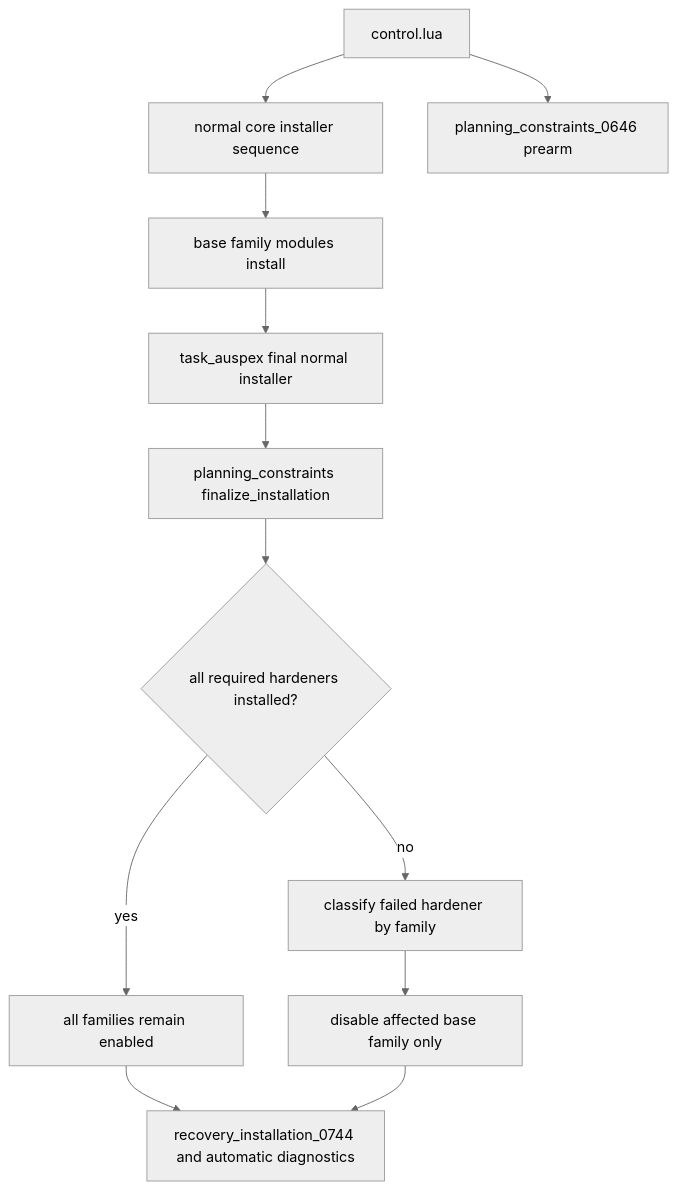
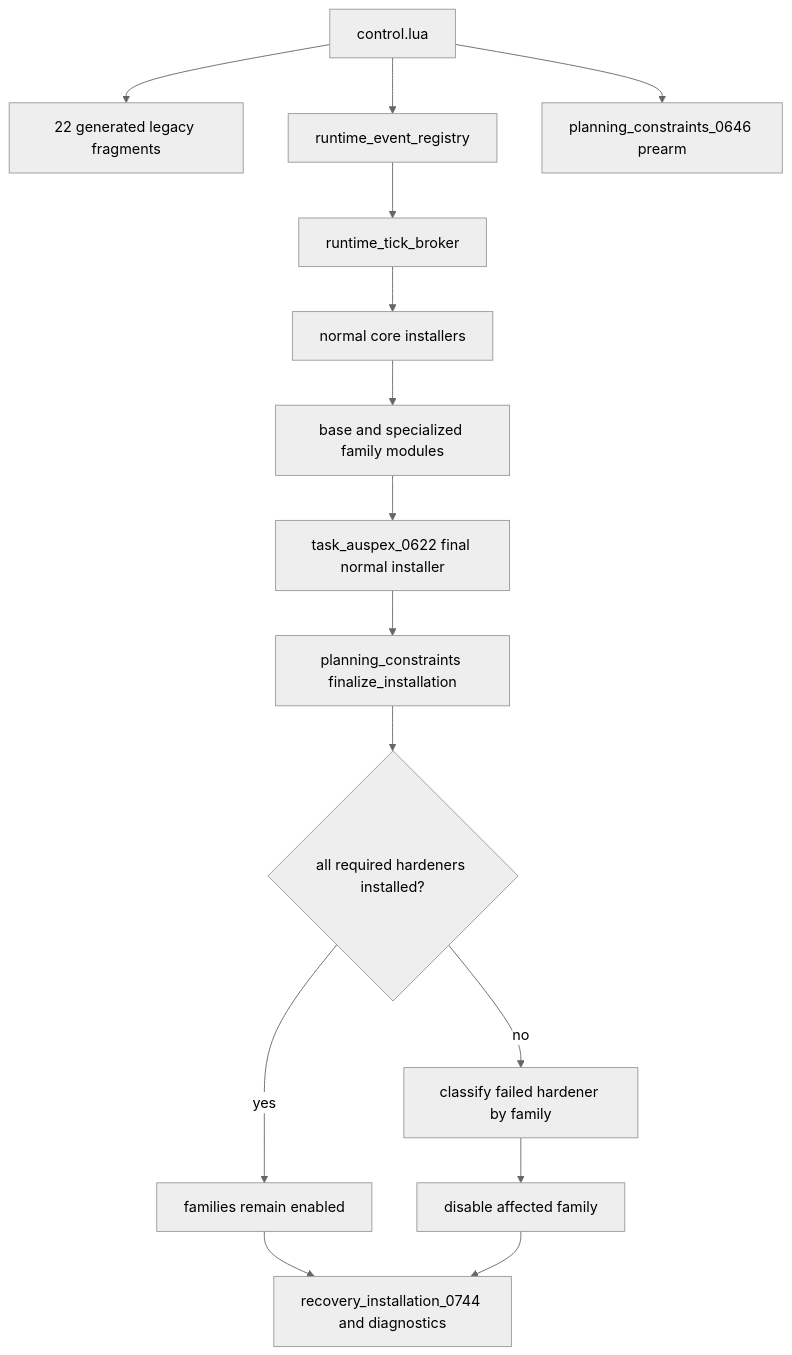
Before and after one commit to mrcalzon02/Tech-Priests: the second of 15 diagrams in docs/RECOVERY_AUTHORITY_MAP_CURRENT.md, drawn with Mermaid (neutral theme). The commit also changed other lines of this file, not shown here.

Commit message:
Align current recovery authority map

````diff
--- a/docs/RECOVERY_AUTHORITY_MAP_CURRENT.md
+++ b/docs/RECOVERY_AUTHORITY_MAP_CURRENT.md
@@ -60,19 +27,24 @@
 ```mermaid
 flowchart TD
     Control[control.lua]
-    Core[normal core installer sequence]
+    Legacy[22 generated legacy fragments]
+    Registry[runtime_event_registry]
+    Broker[runtime_tick_broker]
+    Core[normal core installers]
     Prearm[planning_constraints_0646 prearm]
-    Base[base family modules install]
-    FinalHook[task_auspex final normal installer]
+    Families[base and specialized family modules]
+    FinalHook[task_auspex_0622 final normal installer]
     Finalize[planning_constraints finalize_installation]
     Complete{all required hardeners installed?}
-    Enabled[all families remain enabled]
+    Enabled[families remain enabled]
     Degraded[classify failed hardener by family]
-    Disable[disable affected base family only]
-    Ledger[recovery_installation_0744 and automatic diagnostics]
+    Disable[disable affected family]
+    Ledger[recovery_installation_0744 and diagnostics]
 
+    Control --> Legacy
+    Control --> Registry --> Broker --> Core
     Control --> Prearm
-    Control --> Core --> Base --> FinalHook --> Finalize --> Complete
+    Core --> Families --> FinalHook --> Finalize --> Complete
     Complete -- yes --> Enabled --> Ledger
     Complete -- no --> Degraded --> Disable --> Ledger
 ```
````
